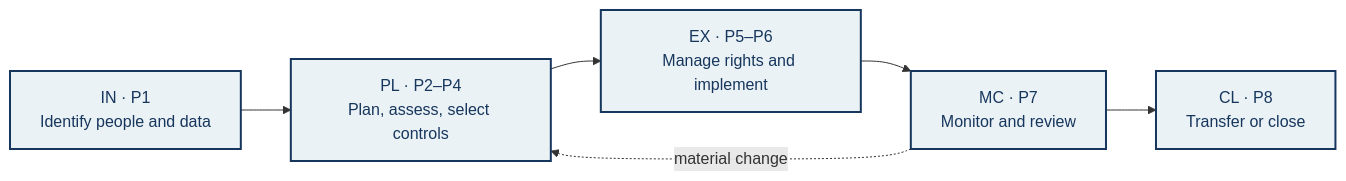
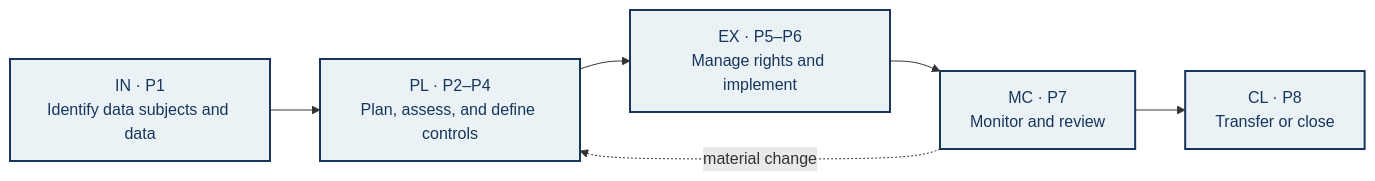
One commit to cadu-unb/_POS-PPCA-GPTI_2026-2 changed the second of 5 diagrams in _grupo/P3A/entregas/P3A_Privacidade2_Report_EN.md. Above: the diagram before and after it, drawn with Mermaid. The commit also changed other lines of this file and 5 other files, not shown here.

````diff
--- a/_grupo/P3A/entregas/P3A_Privacidade2_Report_EN.md
+++ b/_grupo/P3A/entregas/P3A_Privacidade2_Report_EN.md
@@ -127,12 +161,12 @@
 ```mermaid
 flowchart LR
-    IN["IN · P1<br/>Identify people and data"]
-    PL["PL · P2–P4<br/>Plan, assess, select controls"]
+    IN["IN · P1<br/>Identify data subjects and data"]
+    PL["PL · P2–P4<br/>Plan, assess, and define controls"]
     EX["EX · P5–P6<br/>Manage rights and implement"]
     MC["MC · P7<br/>Monitor and review"]
     CL["CL · P8<br/>Transfer or close"]
     IN --> PL --> EX --> MC --> CL
     MC -. material change .-> PL
     classDef phase fill:#eaf2f5,stroke:#17365d,stroke-width:2px,color:#17365d
     class IN,PL,EX,MC,CL phase
 ```
````
